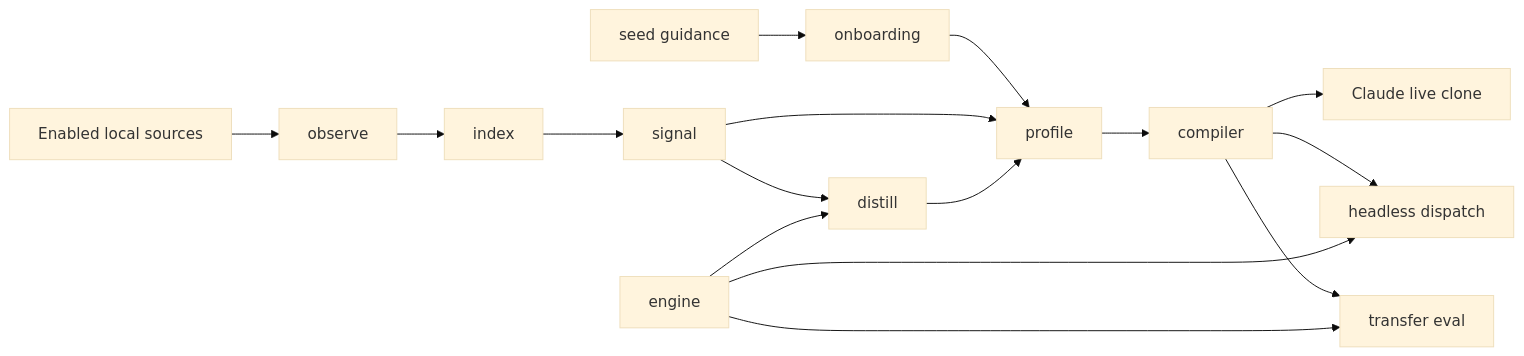
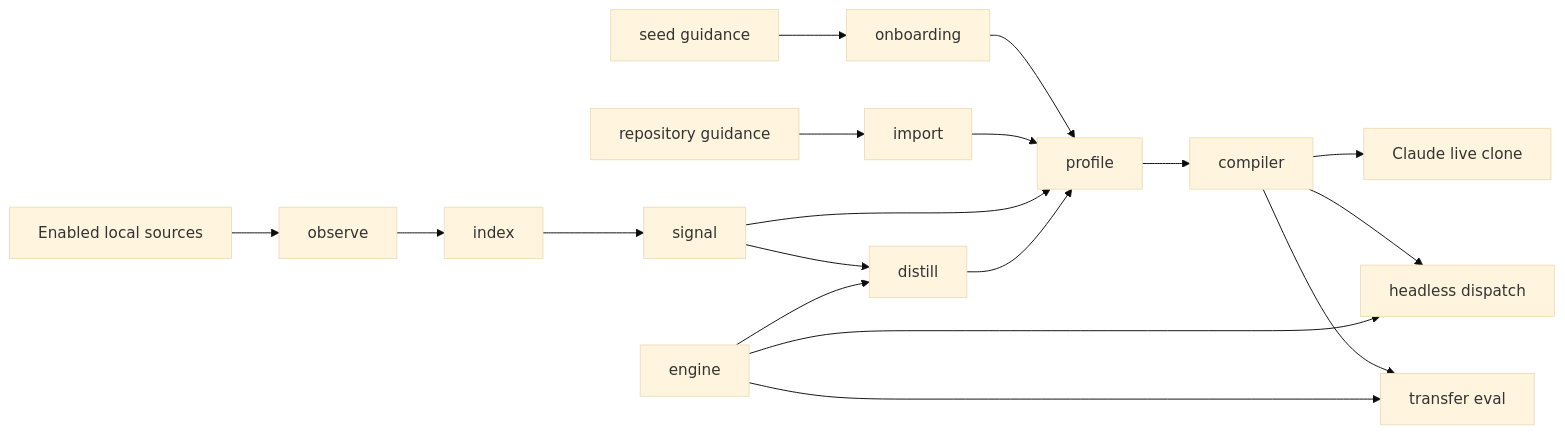
Before and after one commit to theonly1me/shadowclone: the diagram in docs/architecture/README.md, drawn with Mermaid (base theme). The commit also changed other lines of this file and 59 other files, not shown here.

First line of the commit message:
Import existing repository guidance (#58)

````diff
--- a/docs/architecture/README.md
+++ b/docs/architecture/README.md
@@ -25,18 +25,20 @@
 ```mermaid
 flowchart LR
     Guidance[seed guidance] --> Onboarding[onboarding]
     Onboarding --> Profile[profile]
+    RepositoryGuidance[repository guidance] --> Import[import]
+    Import --> Profile
     Sources[Enabled local sources] --> Observe[observe]
     Observe --> Index[index]
     Index --> Signal[signal]
     Signal --> Profile[profile]
     Signal --> Distill[distill]
     Engine[engine] --> Distill
     Distill --> Profile
     Profile --> Compiler[compiler]
     Compiler --> Live[Claude live clone]
     Compiler --> Dispatch[headless dispatch]
     Compiler --> Eval[transfer eval]
     Engine --> Dispatch
     Engine --> Eval
 ```
````
